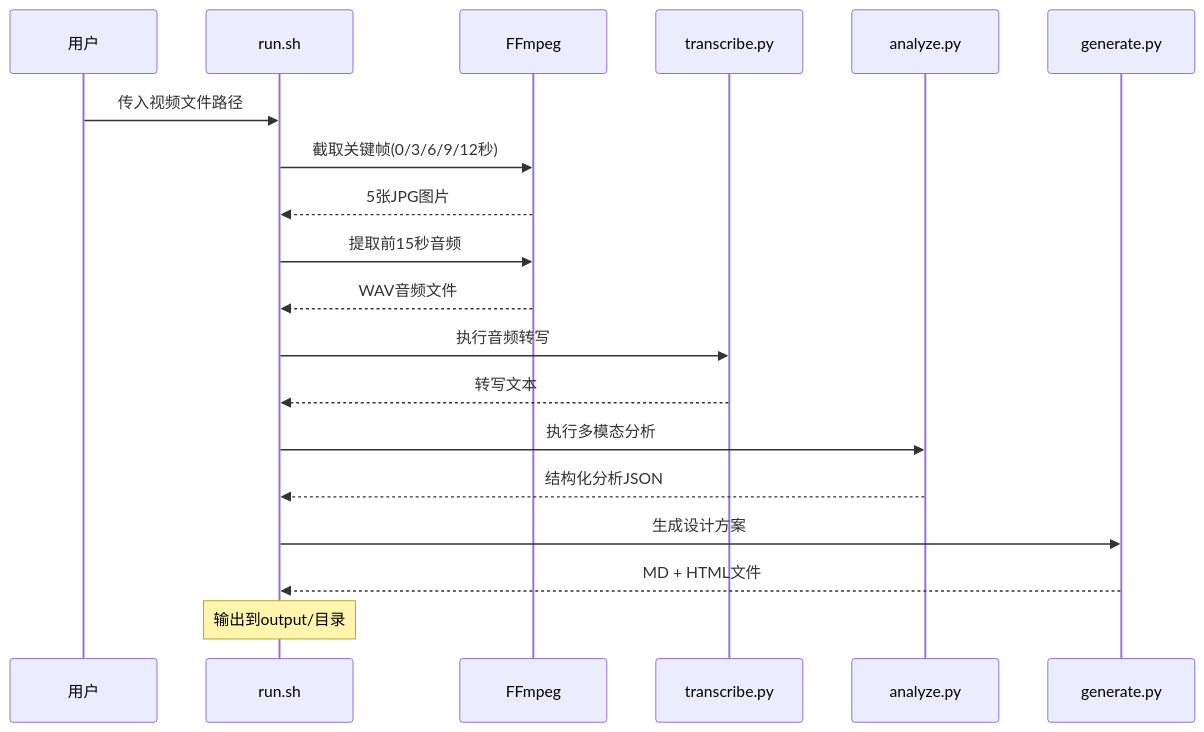
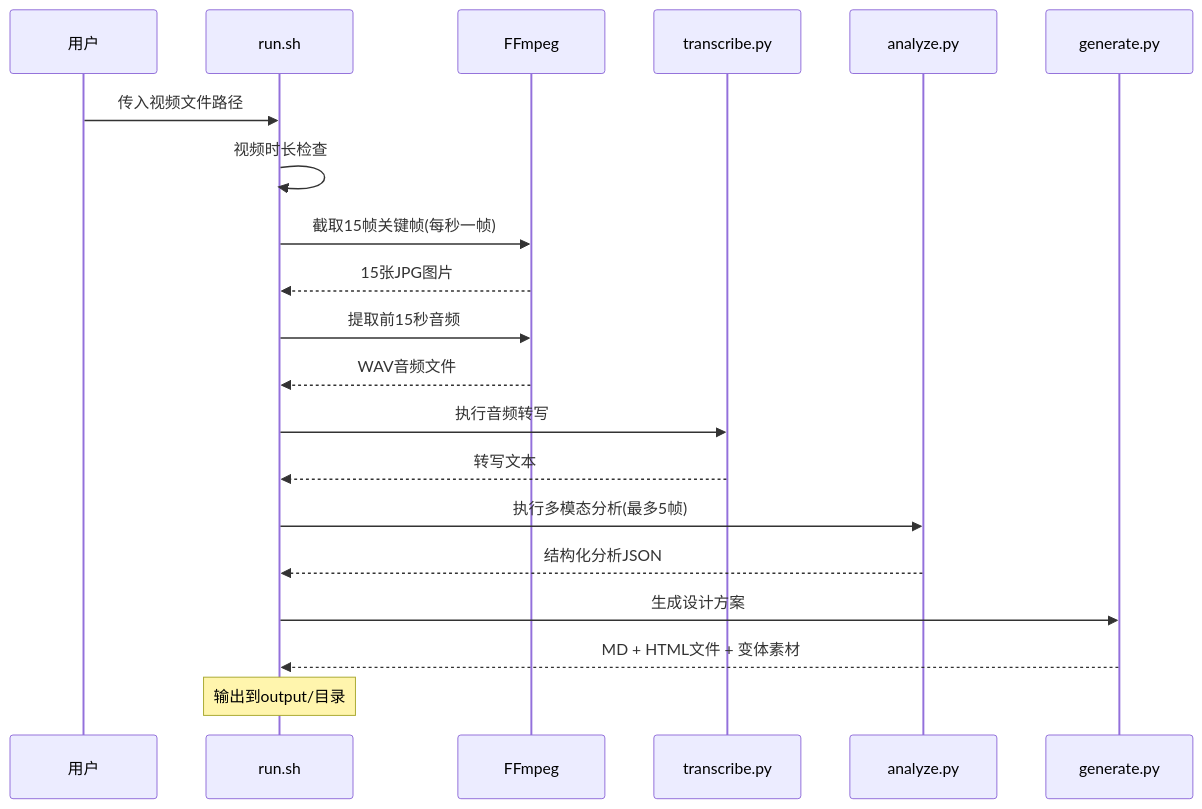
Before and after one commit to WongMingJiu/landingpage-test-hero-page: the second of 9 diagrams in .qoder/repowiki/zh/content/配置和定制/配置和定制.md, drawn with Mermaid. The commit also changed other lines of this file and 5 other files, not shown here.

Commit message:
feat: 更新 skill 支持双模式（视频分析+生图），更新 README

````diff
--- a/.qoder/repowiki/zh/content/配置和定制/配置和定制.md
+++ b/.qoder/repowiki/zh/content/配置和定制/配置和定制.md
@@ -109,21 +122,22 @@
 ```mermaid
 sequenceDiagram
 participant User as 用户
 participant Run as run.sh
 participant FFmpeg as FFmpeg
 participant Transcribe as transcribe.py
 participant Analyze as analyze.py
 participant Generate as generate.py
 User->>Run : 传入视频文件路径
-Run->>FFmpeg : 截取关键帧(0/3/6/9/12秒)
-FFmpeg-->>Run : 5张JPG图片
+Run->>Run : 视频时长检查
+Run->>FFmpeg : 截取15帧关键帧(每秒一帧)
+FFmpeg-->>Run : 15张JPG图片
 Run->>FFmpeg : 提取前15秒音频
 FFmpeg-->>Run : WAV音频文件
 Run->>Transcribe : 执行音频转写
 Transcribe-->>Run : 转写文本
-Run->>Analyze : 执行多模态分析
+Run->>Analyze : 执行多模态分析(最多5帧)
 Analyze-->>Run : 结构化分析JSON
 Run->>Generate : 生成设计方案
-Generate-->>Run : MD + HTML文件
+Generate-->>Run : MD + HTML文件 + 变体素材
 Note over Run : 输出到output/目录
 ```
````
